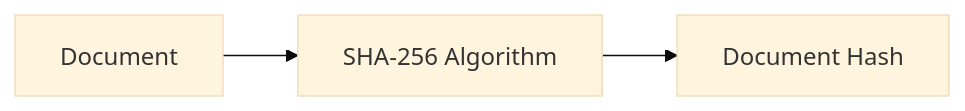
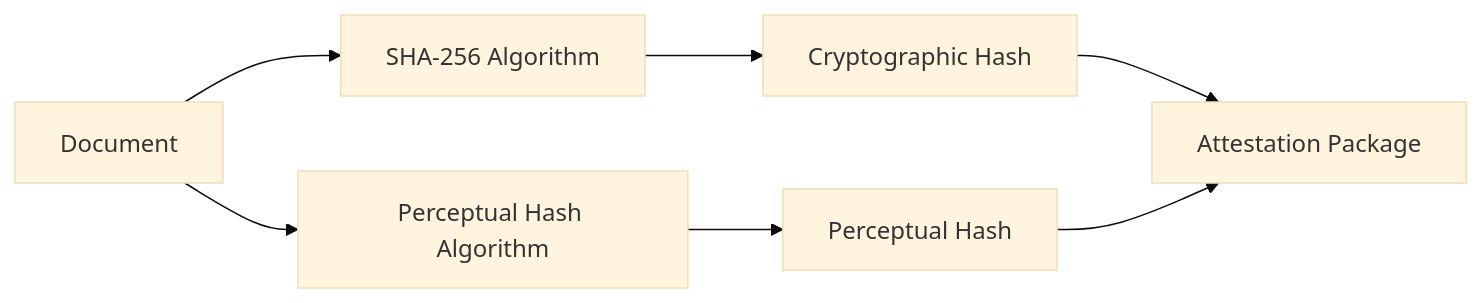
One commit to seal-codes/webapp changed the sixth of 9 diagrams in ARCHITECTURE.md. Above: the diagram before and after it, drawn with Mermaid (base theme). The commit also changed other lines of this file and 1 other file, not shown here.

Commit message:
Add multi-layered hash approach for compression resilience

````diff
--- a/ARCHITECTURE.md
+++ b/ARCHITECTURE.md
@@ -259,5 +341,9 @@
 ```mermaid
 flowchart LR
-    A[Document] --> B[SHA-256 Algorithm]
-    B --> C[Document Hash]
+    A[Document] --> B1[SHA-256 Algorithm]
+    A --> B2[Perceptual Hash Algorithm]
+    B1 --> C1[Cryptographic Hash]
+    B2 --> C2[Perceptual Hash]
+    C1 --> D[Attestation Package]
+    C2 --> D
 ```
````
